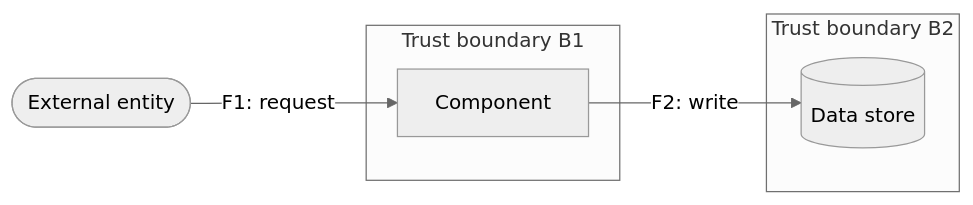
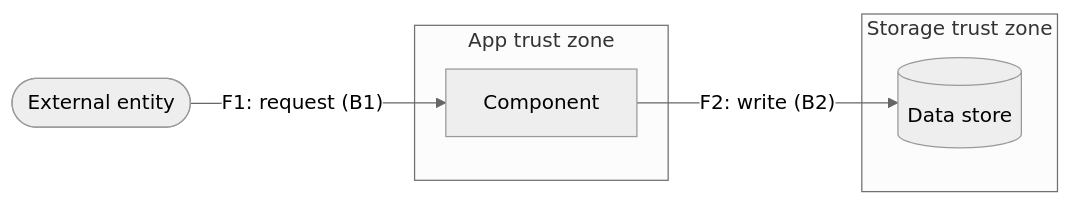
The diagram in skills/threat-modeling/references/template.md (silverwalls-labs/silversmith), drawn with Mermaid (neutral theme) before and after one commit. The commit also changed other lines of this file and 2 other files, not shown here.

````diff
--- a/skills/threat-modeling/references/template.md
+++ b/skills/threat-modeling/references/template.md
@@ -36,12 +42,12 @@
 ```mermaid
 flowchart LR
     user([External entity])
-    subgraph boundary1 [Trust boundary B1]
+    subgraph zoneA [App trust zone]
         app[Component]
     end
-    subgraph boundary2 [Trust boundary B2]
+    subgraph zoneB [Storage trust zone]
         store[(Data store)]
     end
-    user -- "F1: request" --> app
-    app -- "F2: write" --> store
+    user -- "F1: request (B1)" --> app
+    app -- "F2: write (B2)" --> store
 ```
````
